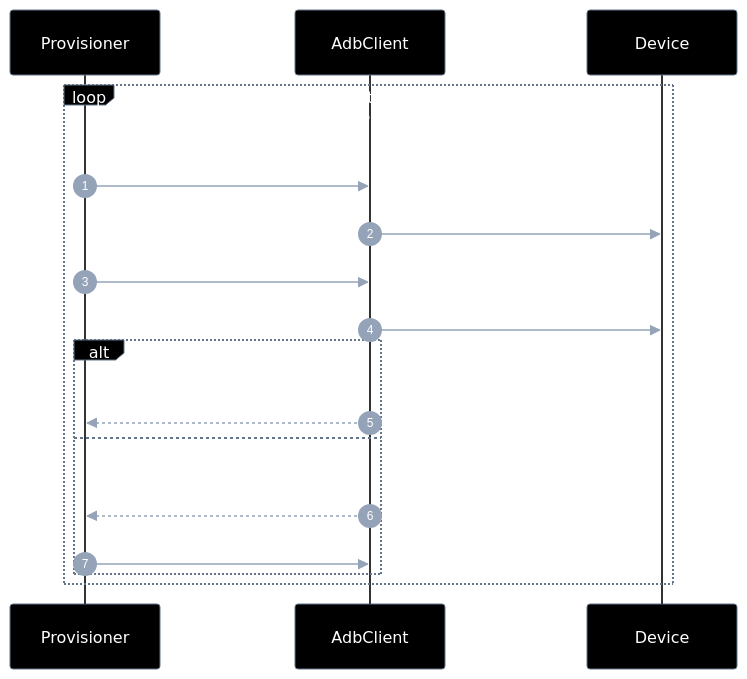
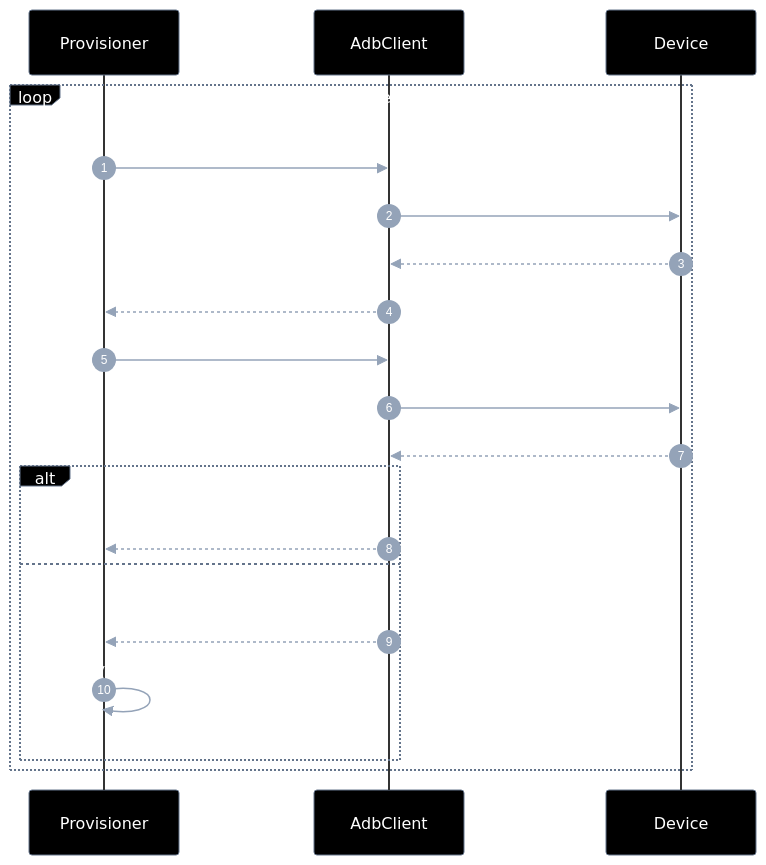
The third of 5 diagrams in connectmax/screen-robot/epics/EP-01-provisionar-agente/5.implementation-plan.md (laerciogermano/workstation), drawn with Mermaid before and after one commit. The commit also changed other lines of this file and 5 other files, not shown here.

Commit message:
Completa retornos faltantes em todos os diagramas de sequência dos planos.

````diff
--- a/connectmax/screen-robot/epics/EP-01-provisionar-agente/5.implementation-plan.md
+++ b/connectmax/screen-robot/epics/EP-01-provisionar-agente/5.implementation-plan.md
@@ -257,61 +273,64 @@
 ```mermaid
 ---
 config:
   theme: base
   themeVariables:
     darkMode: true
     background: '#000000'
     primaryColor: '#000000'
     primaryTextColor: '#ffffff'
     primaryBorderColor: '#64748b'
     secondaryColor: '#000000'
     secondaryTextColor: '#ffffff'
     secondaryBorderColor: '#64748b'
     tertiaryColor: '#000000'
     tertiaryTextColor: '#ffffff'
     tertiaryBorderColor: '#64748b'
     lineColor: '#64748b'
     textColor: '#ffffff'
     mainBkg: '#000000'
     nodeBorder: '#64748b'
     clusterBkg: '#000000'
     clusterBorder: '#333333'
     titleColor: '#ffffff'
     edgeLabelBackground: '#000000'
     actorBkg: '#000000'
     actorBorder: '#64748b'
     actorTextColor: '#ffffff'
     actorLineColor: '#333333'
     signalColor: '#94a3b8'
     signalTextColor: '#ffffff'
     labelBoxBkgColor: '#000000'
     labelBoxBorderColor: '#64748b'
     labelTextColor: '#ffffff'
     loopTextColor: '#ffffff'
     noteBorderColor: '#64748b'
     noteBkgColor: '#111111'
     noteTextColor: '#ffffff'
     activationBorderColor: '#64748b'
     activationBkgColor: '#1a1a1a'
     sequenceNumberColor: '#ffffff'
     classText: '#ffffff'
 ---
 sequenceDiagram
   autonumber
   participant P as Provisioner
   participant A as AdbClient
   participant D as Device
 
   loop enquanto não online e dentro do timeout
     P->>A: connectIfTcp(serial)
     A->>D: adb connect host:port
+    D-->>A: connected|failed
+    A-->>P: connect result
     P->>A: adb(serial, wait-for-device)
     A->>D: adb -s serial wait-for-device
+    D-->>A: device|timeout
     alt status device
       A-->>P: ok
     else falha
       A-->>P: erro / retry
-      P->>A: sleep(2000)
+      P->>P: sleep(2000)
     end
   end
 ```
````
